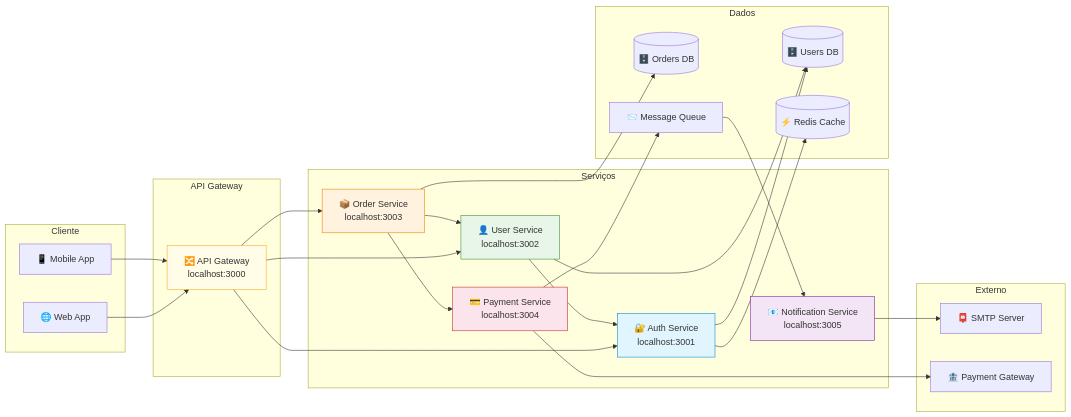
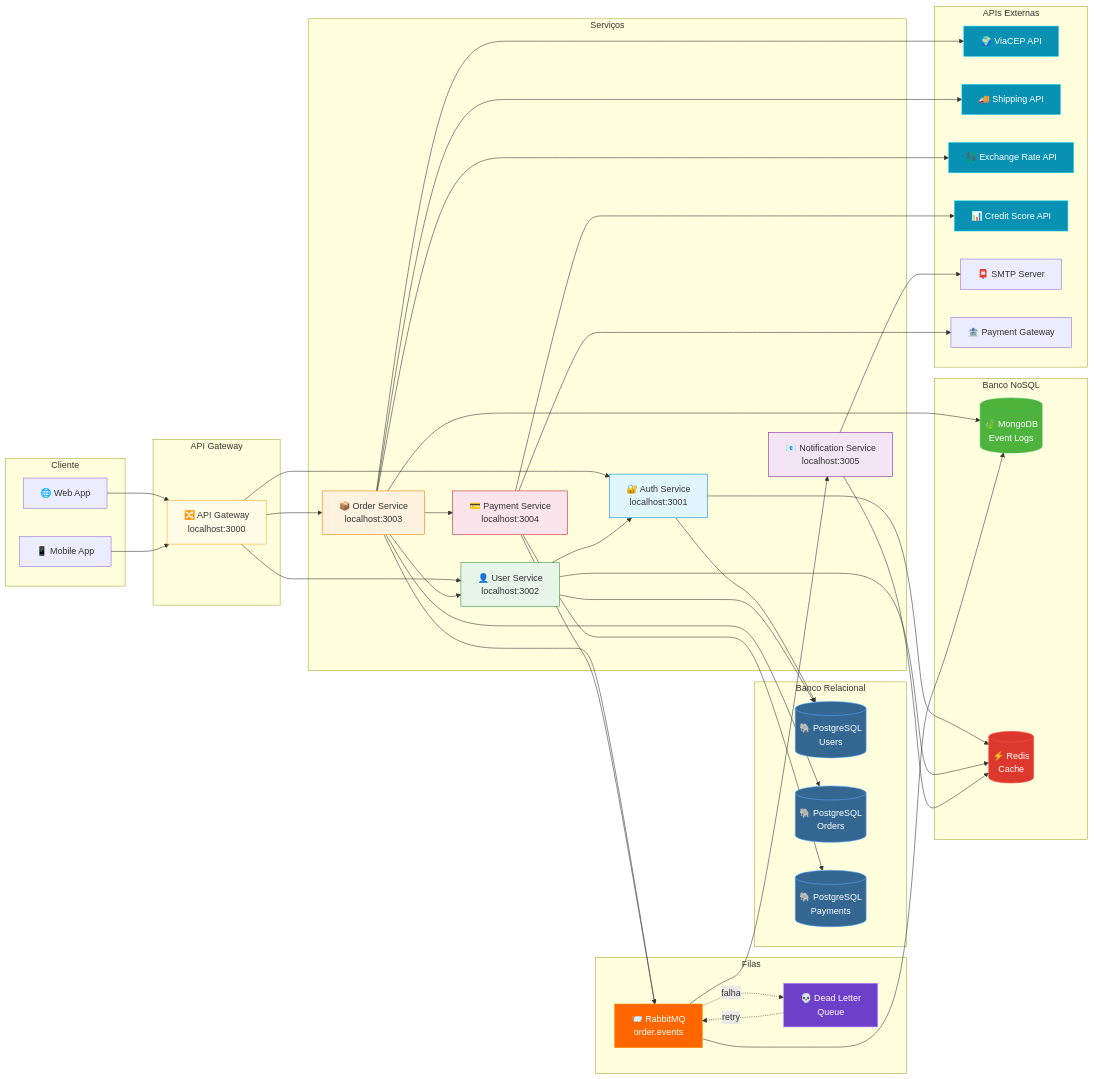
One commit to rafael-rodrigues-dsv/app-mermaid-sync changed the diagram in diagrams/integration-map.md. Above: the diagram before and after it, drawn with Mermaid. The commit also changed other lines of this file and 6 other files, not shown here.

First line of the commit message:
feat: adicionar filas (RabbitMQ), PostgreSQL, MongoDB, Redis e APIs externas

````diff
--- a/diagrams/integration-map.md
+++ b/diagrams/integration-map.md
@@ -21,14 +21,27 @@
         NOTIF[📧 Notification Service<br/>localhost:3005]
     end
 
-    subgraph Dados
-        DB_USER[(🗄️ Users DB)]
-        DB_ORDER[(🗄️ Orders DB)]
-        CACHE[(⚡ Redis Cache)]
-        QUEUE[📨 Message Queue]
+    subgraph Banco Relacional
+        PG_USERS[(🐘 PostgreSQL<br/>Users)]
+        PG_ORDERS[(🐘 PostgreSQL<br/>Orders)]
+        PG_PAY[(🐘 PostgreSQL<br/>Payments)]
     end
 
-    subgraph Externo
+    subgraph Banco NoSQL
+        MONGO[(🍃 MongoDB<br/>Event Logs)]
+        REDIS[(⚡ Redis<br/>Cache)]
+    end
+
+    subgraph Filas
+        RABBIT[📨 RabbitMQ<br/>order.events]
+        DLQ[💀 Dead Letter<br/>Queue]
+    end
+
+    subgraph APIs Externas
+        CEP_API[🌍 ViaCEP API]
+        SHIPPING[🚚 Shipping API]
+        EXCHANGE[💱 Exchange Rate API]
+        CREDIT[📊 Credit Score API]
         SMTP[📮 SMTP Server]
         PAY_GW[🏦 Payment Gateway]
     end
@@ -40,21 +53,34 @@
     GW --> USER
     GW --> ORDER
 
-    AUTH --> DB_USER
-    AUTH --> CACHE
+    AUTH --> PG_USERS
+    AUTH --> REDIS
 
-    USER --> DB_USER
+    USER --> PG_USERS
+    USER --> REDIS
     USER --> AUTH
 
-    ORDER --> DB_ORDER
+    ORDER --> PG_ORDERS
     ORDER --> PAY
     ORDER --> USER
+    ORDER --> RABBIT
+    ORDER --> MONGO
+    ORDER --> CEP_API
+    ORDER --> SHIPPING
+    ORDER --> EXCHANGE
 
+    PAY --> PG_PAY
     PAY --> PAY_GW
-    PAY --> QUEUE
+    PAY --> CREDIT
+    PAY --> RABBIT
 
-    QUEUE --> NOTIF
+    RABBIT --> NOTIF
+    RABBIT --> MONGO
+    RABBIT -.->|falha| DLQ
+    DLQ -.->|retry| RABBIT
+
     NOTIF --> SMTP
+    NOTIF --> REDIS
 
     style AUTH fill:#e1f5fe,stroke:#0288d1
     style USER fill:#e8f5e9,stroke:#388e3c
@@ -62,4 +88,18 @@
     style PAY fill:#fce4ec,stroke:#c62828
     style NOTIF fill:#f3e5f5,stroke:#7b1fa2
     style GW fill:#fffde7,stroke:#f9a825
+
+    style PG_USERS fill:#336791,stroke:#58a6ff,color:#fff
+    style PG_ORDERS fill:#336791,stroke:#58a6ff,color:#fff
+    style PG_PAY fill:#336791,stroke:#58a6ff,color:#fff
+    style MONGO fill:#4db33d,stroke:#3fb950,color:#fff
+    style REDIS fill:#dc382d,stroke:#f85149,color:#fff
+
+    style RABBIT fill:#ff6600,stroke:#ff8c00,color:#fff
+    style DLQ fill:#6e40c9,stroke:#bc8cff,color:#fff
+
+    style CEP_API fill:#0891b2,stroke:#22d3ee,color:#fff
+    style SHIPPING fill:#0891b2,stroke:#22d3ee,color:#fff
+    style EXCHANGE fill:#0891b2,stroke:#22d3ee,color:#fff
+    style CREDIT fill:#0891b2,stroke:#22d3ee,color:#fff
 ```
````
